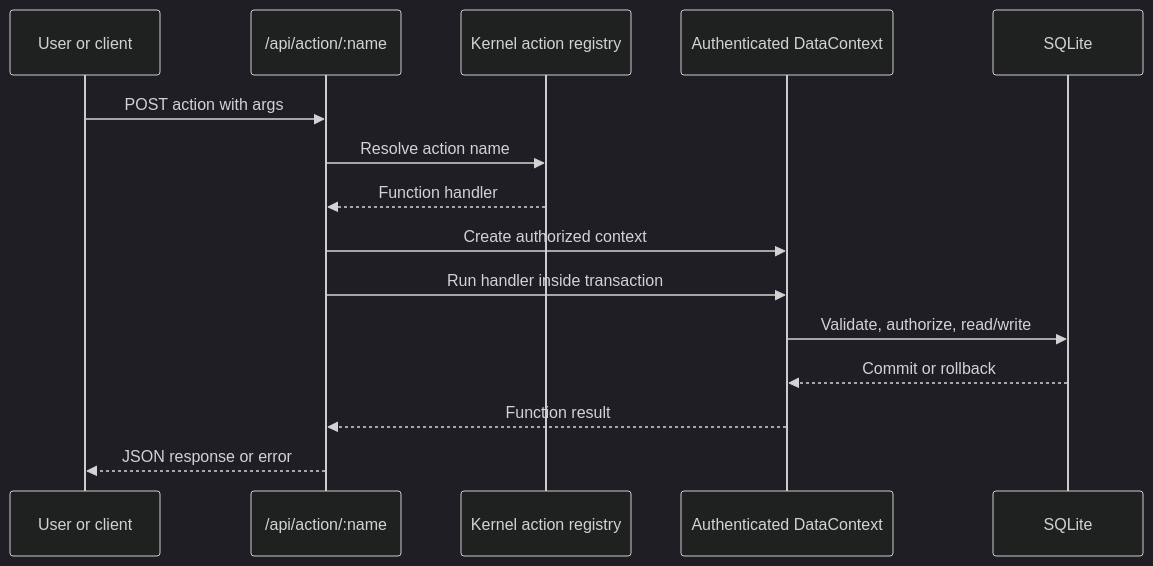
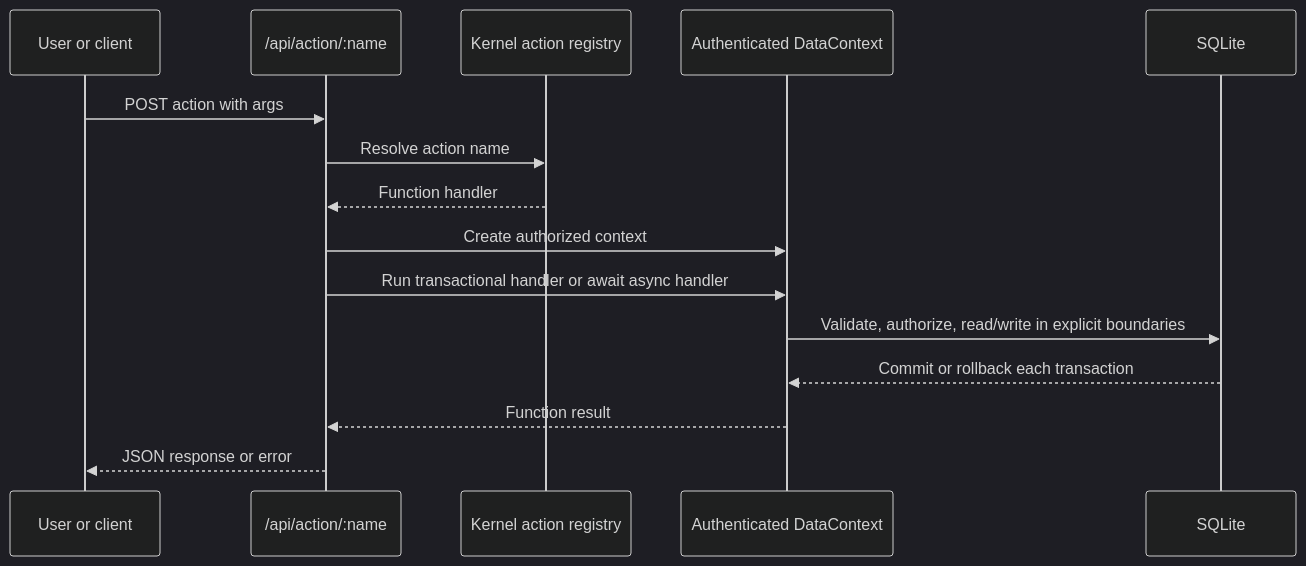
Before and after one commit to emu479p01/emu-framework-docs: the diagram in developer/functions.md, drawn with Mermaid (dark theme). The commit also changed other lines of this file and 17 other files, not shown here.

````diff
--- a/developer/functions.md
+++ b/developer/functions.md
@@ -13,17 +13,17 @@
 ```mermaid
 sequenceDiagram
     participant U as User or client
     participant A as /api/action/:name
     participant K as Kernel action registry
     participant C as Authenticated DataContext
     participant DB as SQLite
     U->>A: POST action with args
     A->>K: Resolve action name
     K-->>A: Function handler
     A->>C: Create authorized context
-    A->>C: Run handler inside transaction
-    C->>DB: Validate, authorize, read/write
-    DB-->>C: Commit or rollback
+    A->>C: Run transactional handler or await async handler
+    C->>DB: Validate, authorize, read/write in explicit boundaries
+    DB-->>C: Commit or rollback each transaction
     C-->>A: Function result
     A-->>U: JSON response or error
 ```
````
